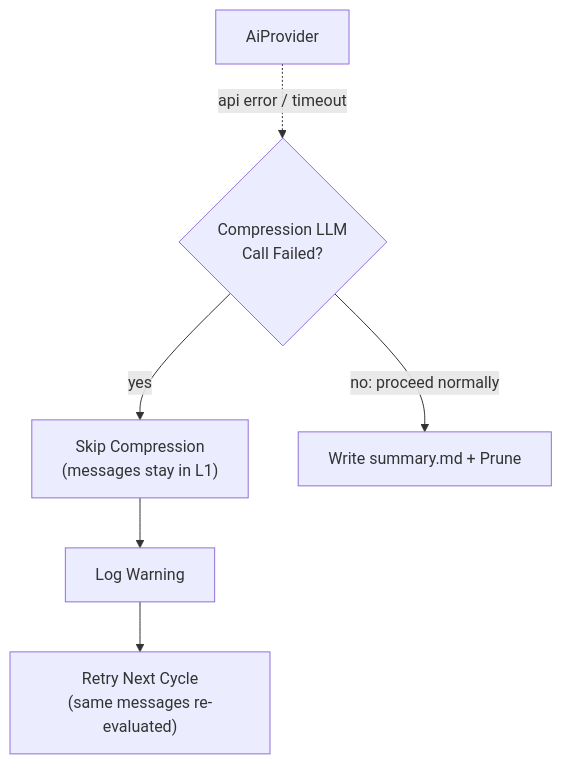
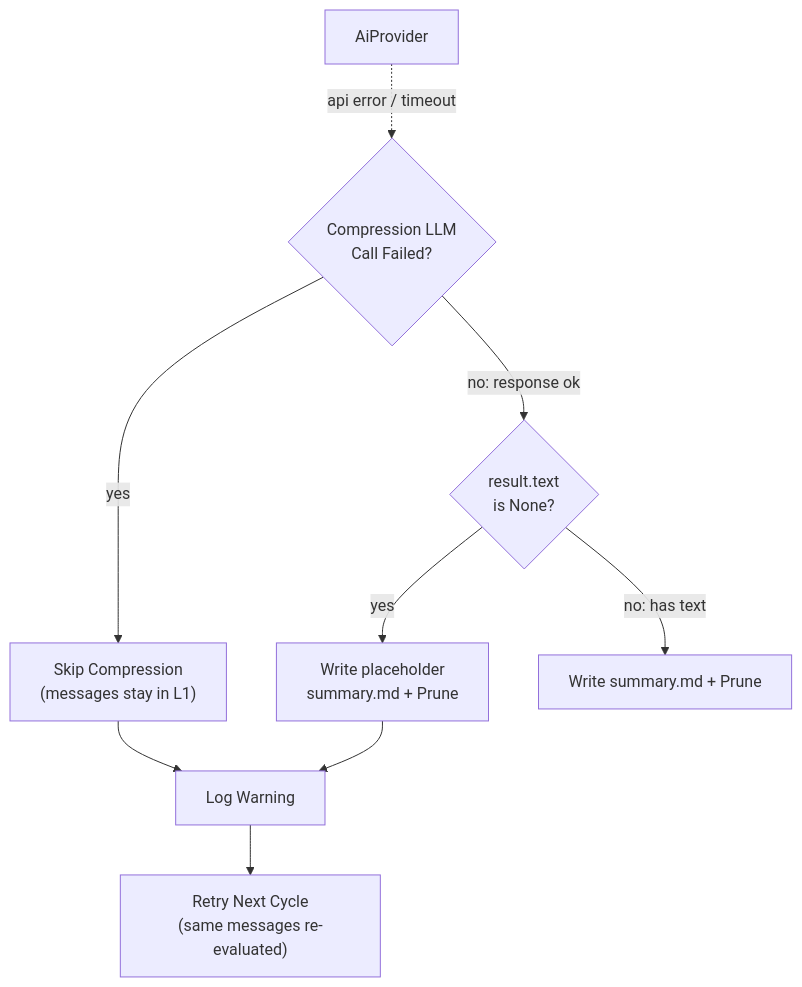
Before and after one commit to cosmoswafer/rockbot: the sixth of 6 diagrams in _dfd/memory/memory-compression.md, drawn with Mermaid. The commit also changed other lines of this file and 1 other file, not shown here.

````diff
--- a/_dfd/memory/memory-compression.md
+++ b/_dfd/memory/memory-compression.md
@@ -233,14 +240,20 @@
 ```mermaid
 flowchart TD
     AI[AiProvider]
     FAIL{Compression LLM<br/>Call Failed?}
+    NO_TEXT{"result.text<br/>is None?"}
     SKIP["Skip Compression<br/>(messages stay in L1)"]
+    PLACEHOLDER["Write placeholder<br/>summary.md + Prune"]
     LOG[Log Warning]
     RETRY["Retry Next Cycle<br/>(same messages re-evaluated)"]
+    CONTINUE[Write summary.md + Prune]
 
     AI -.->|"api error / timeout"| FAIL
     FAIL -->|"yes"| SKIP
-    FAIL -->|"no: proceed normally"| CONTINUE[Write summary.md + Prune]
+    FAIL -->|"no: response ok"| NO_TEXT
+    NO_TEXT -->|"yes"| PLACEHOLDER
+    NO_TEXT -->|"no: has text"| CONTINUE
     SKIP --> LOG
     LOG --> RETRY
+    PLACEHOLDER --> LOG
 ```
````
